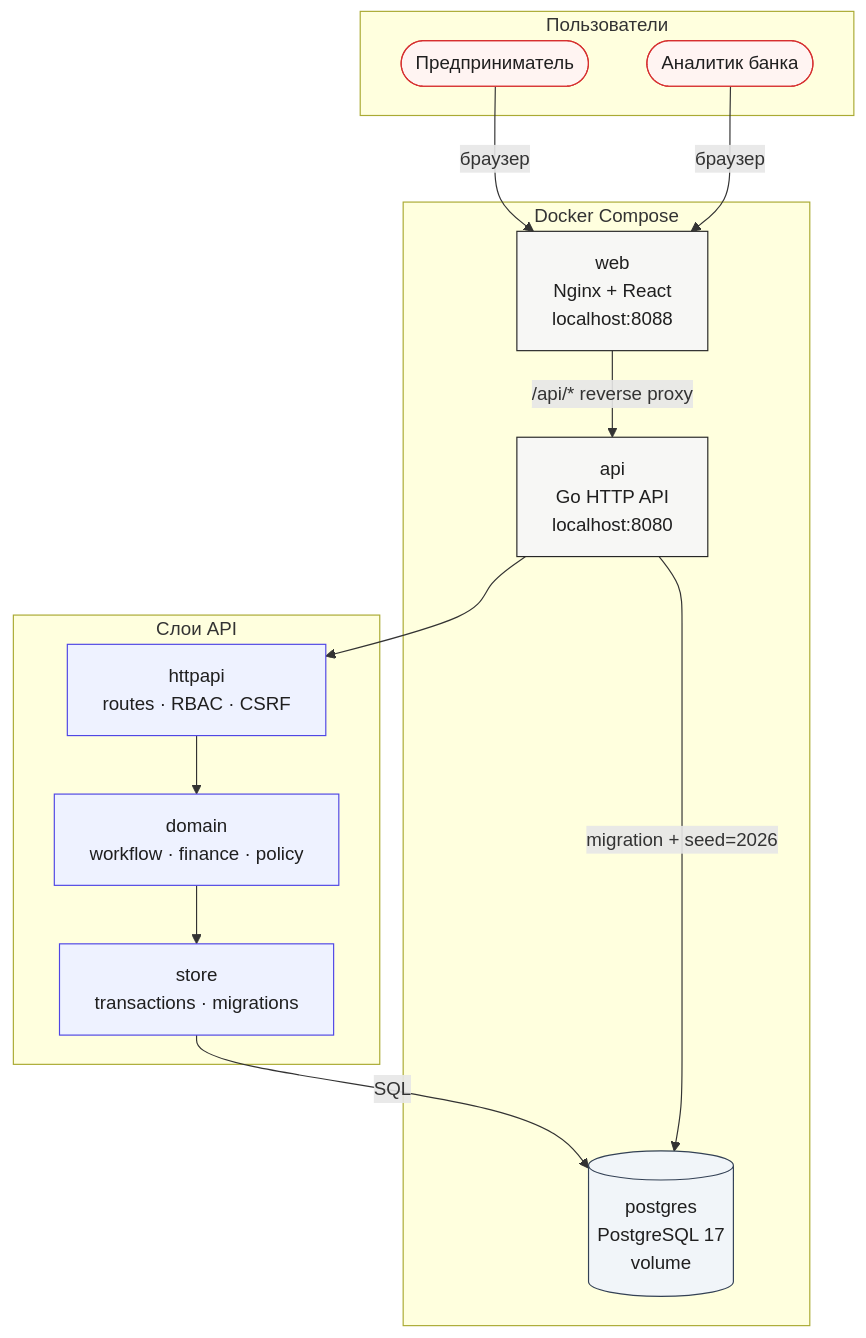
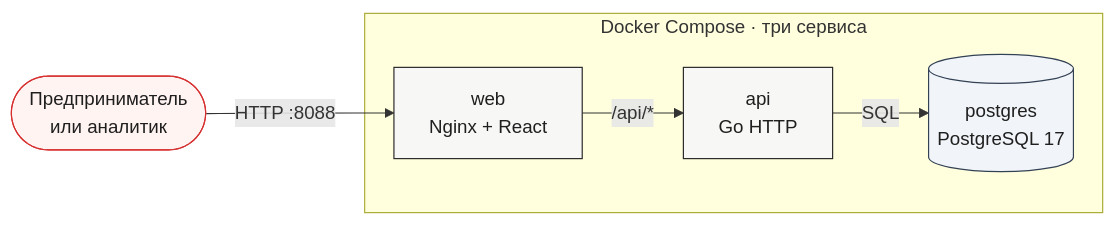
One commit to NIDJEL/alfa-flow changed the first of 3 diagrams in docs/ARCHITECTURE.md. Above: the diagram before and after it, drawn with Mermaid. The commit also changed other lines of this file and 10 other files, not shown here.

````diff
--- a/docs/ARCHITECTURE.md
+++ b/docs/ARCHITECTURE.md
@@ -10,35 +10,15 @@
 ```mermaid
-flowchart TB
-    subgraph USERS["Пользователи"]
-        CLIENT(["Предприниматель"])
-        BANK(["Аналитик банка"])
+flowchart LR
+    CLIENT(["Предприниматель<br/>или аналитик"]) -->|"HTTP :8088"| WEB
+    subgraph RUNTIME["Docker Compose · три сервиса"]
+        WEB["web<br/>Nginx + React"] -->|"/api/*"| API["api<br/>Go HTTP"]
+        API -->|"SQL"| DB[("postgres<br/>PostgreSQL 17")]
     end
-
-    subgraph RUNTIME["Docker Compose"]
-        WEB["web<br/>Nginx + React<br/>localhost:8088"]
-        API["api<br/>Go HTTP API<br/>localhost:8080"]
-        DB[("postgres<br/>PostgreSQL 17<br/>volume")]
-    end
-
-    subgraph API_LAYERS["Слои API"]
-        HTTP["httpapi<br/>routes · RBAC · CSRF"]
-        DOMAIN["domain<br/>workflow · finance · policy"]
-        STORE["store<br/>transactions · migrations"]
-    end
-
-    CLIENT -->|"браузер"| WEB
-    BANK -->|"браузер"| WEB
-    WEB -->|"/api/* reverse proxy"| API
-    API --> HTTP --> DOMAIN --> STORE
-    STORE -->|"SQL"| DB
-    API -->|"migration + seed=2026"| DB
 
     classDef actor fill:#fff4f2,stroke:#d62f2f,color:#1f1f1f
     classDef service fill:#f7f7f5,stroke:#262626,color:#1f1f1f
-    classDef layer fill:#eef2ff,stroke:#4f46e5,color:#1f1f1f
     classDef data fill:#f1f5f9,stroke:#334155,color:#1f1f1f
-    class CLIENT,BANK actor
+    class CLIENT actor
     class WEB,API service
-    class HTTP,DOMAIN,STORE layer
     class DB data
 ```
````
